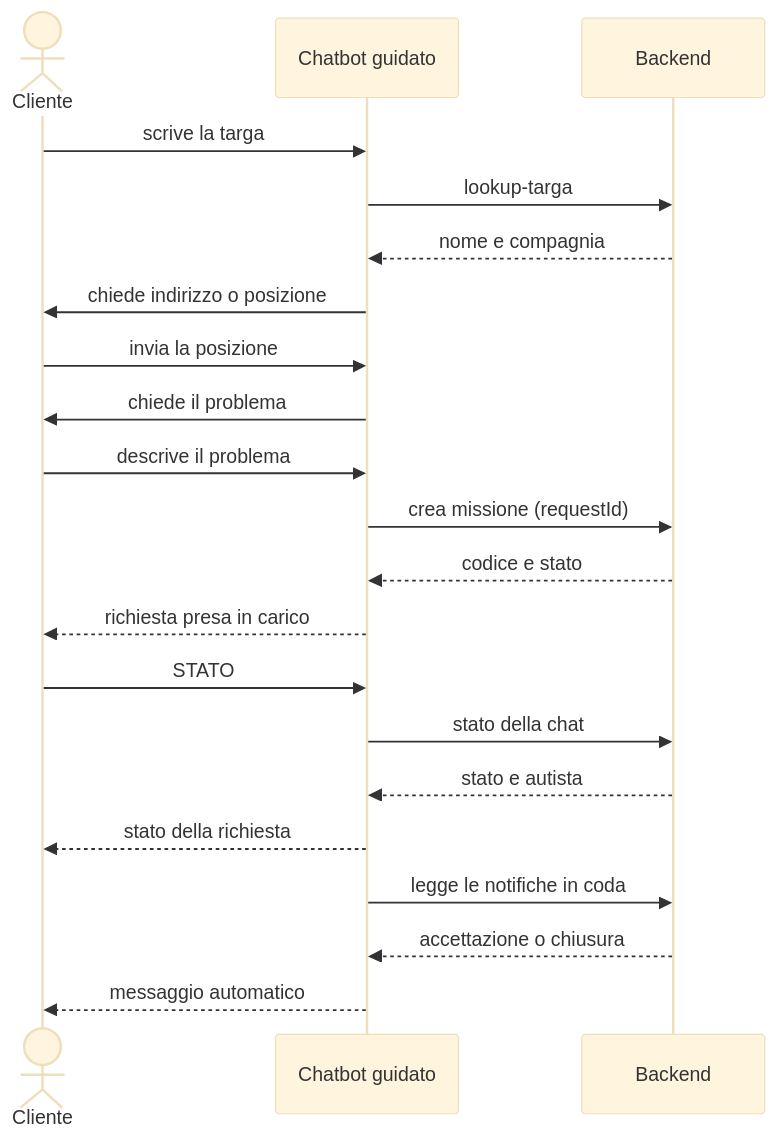
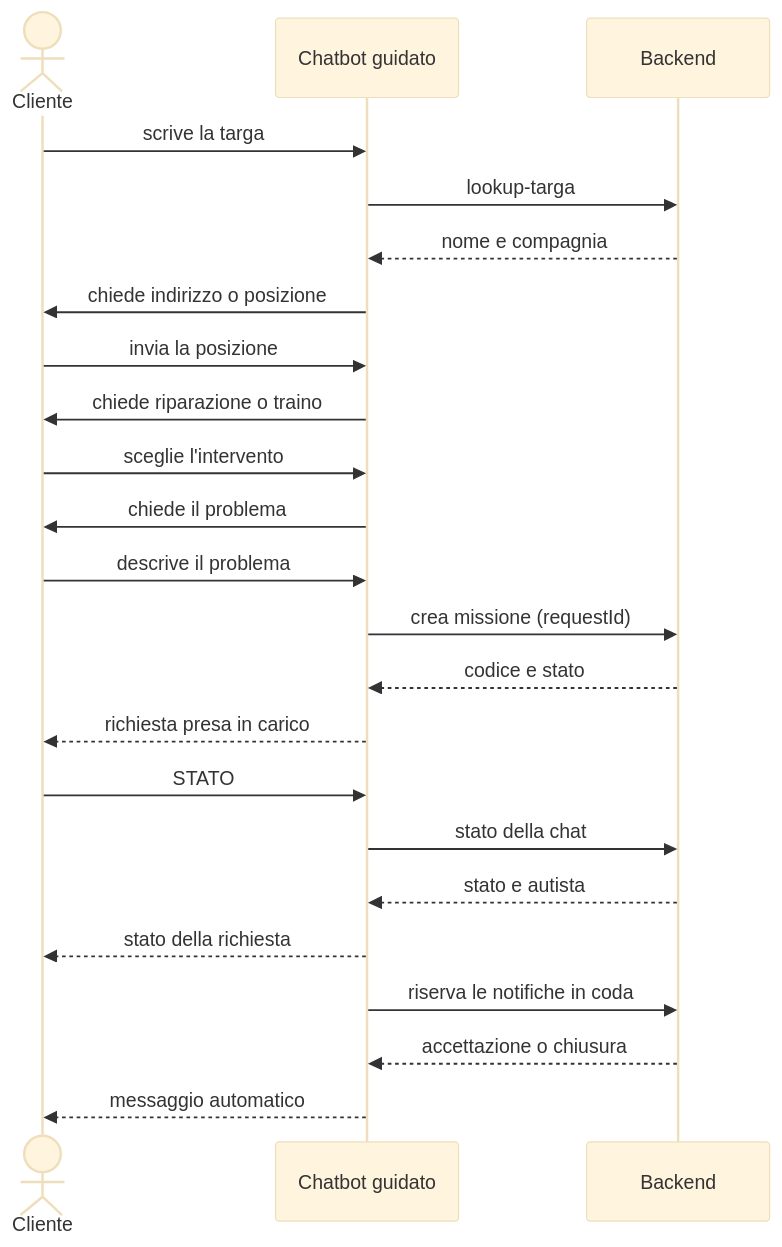
The diagram in docs/diagrams/chatbot_sequence.mmd (coluccimarco/fornitori-soccorso), drawn with Mermaid (base theme) before and after one commit. The commit also changed 75 other files, not shown here.

```diff
--- a/docs/diagrams/chatbot_sequence.mmd
+++ b/docs/diagrams/chatbot_sequence.mmd
@@ -1,23 +1,24 @@
-%% FORNITORI | v1.1 | 03/11/2026 | owner: Membro 3
-%% Bot Telegram e API chat presenti; provider in questa sequenza non è testato dalla CI.
+%% FORNITORI | v2.0 | 04/11/2026 | Marco Colucci
 sequenceDiagram
     actor Cliente
     participant Bot as Chatbot guidato
     participant API as Backend
     Cliente->>Bot: scrive la targa
     Bot->>API: lookup-targa
     API-->>Bot: nome e compagnia
     Bot->>Cliente: chiede indirizzo o posizione
     Cliente->>Bot: invia la posizione
+    Bot->>Cliente: chiede riparazione o traino
+    Cliente->>Bot: sceglie l'intervento
     Bot->>Cliente: chiede il problema
     Cliente->>Bot: descrive il problema
     Bot->>API: crea missione (requestId)
     API-->>Bot: codice e stato
     Bot-->>Cliente: richiesta presa in carico
     Cliente->>Bot: STATO
     Bot->>API: stato della chat
     API-->>Bot: stato e autista
     Bot-->>Cliente: stato della richiesta
-    Bot->>API: legge le notifiche in coda
+    Bot->>API: riserva le notifiche in coda
     API-->>Bot: accettazione o chiusura
     Bot-->>Cliente: messaggio automatico
```
